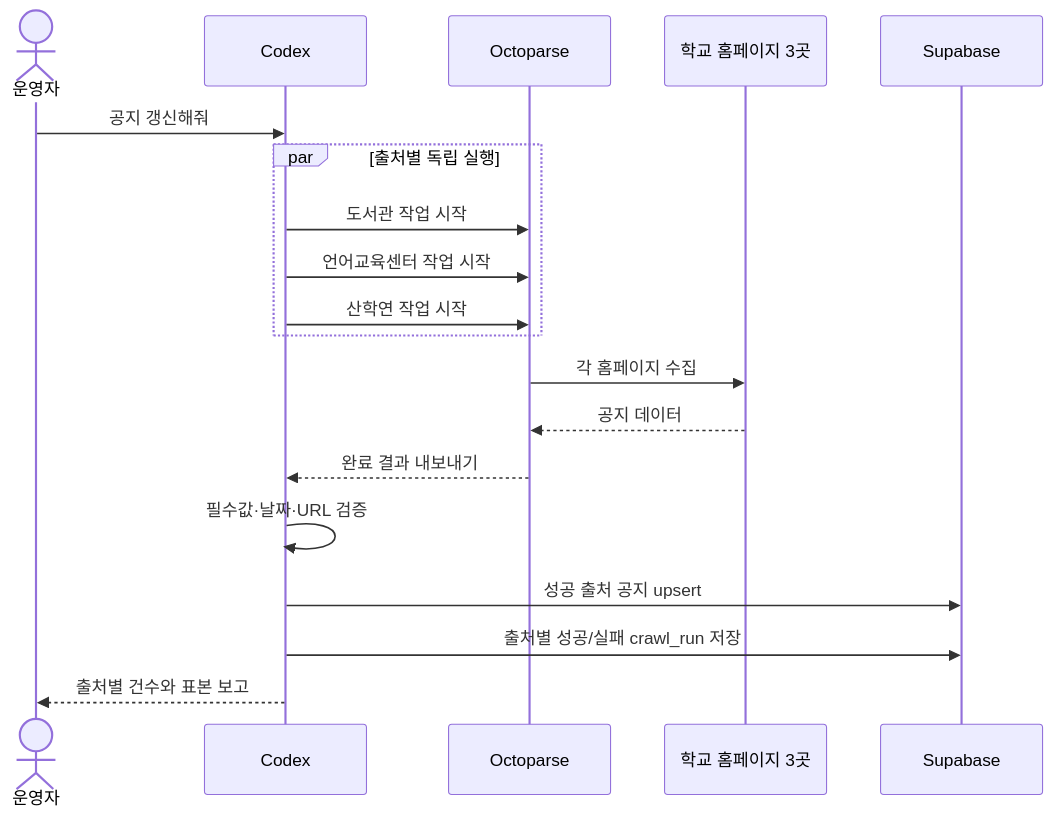
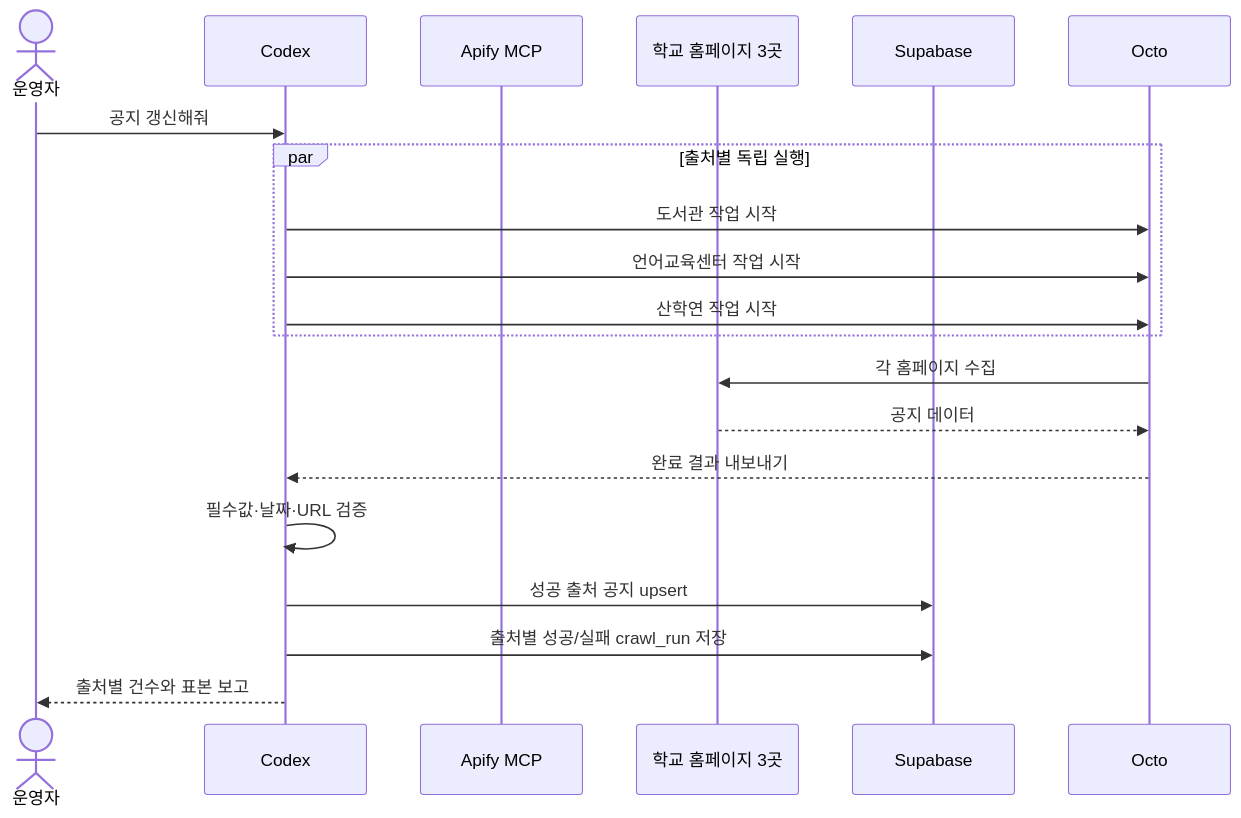
The fourth of 5 diagrams in docs/SYSTEM_ARCHITECTURE.md (choi6511/cnu2026-12-), drawn with Mermaid before and after one commit. The commit also changed other lines of this file and 6 other files, not shown here.

````diff
--- a/docs/SYSTEM_ARCHITECTURE.md
+++ b/docs/SYSTEM_ARCHITECTURE.md
@@ -182,22 +182,22 @@
 ```mermaid
 sequenceDiagram
     actor Operator as 운영자
     participant Codex as Codex
-    participant Octo as Octoparse
+    participant Apify as Apify MCP
     participant Sites as 학교 홈페이지 3곳
     participant DB as Supabase
 
     Operator->>Codex: 공지 갱신해줘
     par 출처별 독립 실행
         Codex->>Octo: 도서관 작업 시작
         Codex->>Octo: 언어교육센터 작업 시작
         Codex->>Octo: 산학연 작업 시작
     end
     Octo->>Sites: 각 홈페이지 수집
     Sites-->>Octo: 공지 데이터
     Octo-->>Codex: 완료 결과 내보내기
     Codex->>Codex: 필수값·날짜·URL 검증
     Codex->>DB: 성공 출처 공지 upsert
     Codex->>DB: 출처별 성공/실패 crawl_run 저장
     Codex-->>Operator: 출처별 건수와 표본 보고
 ```
````
